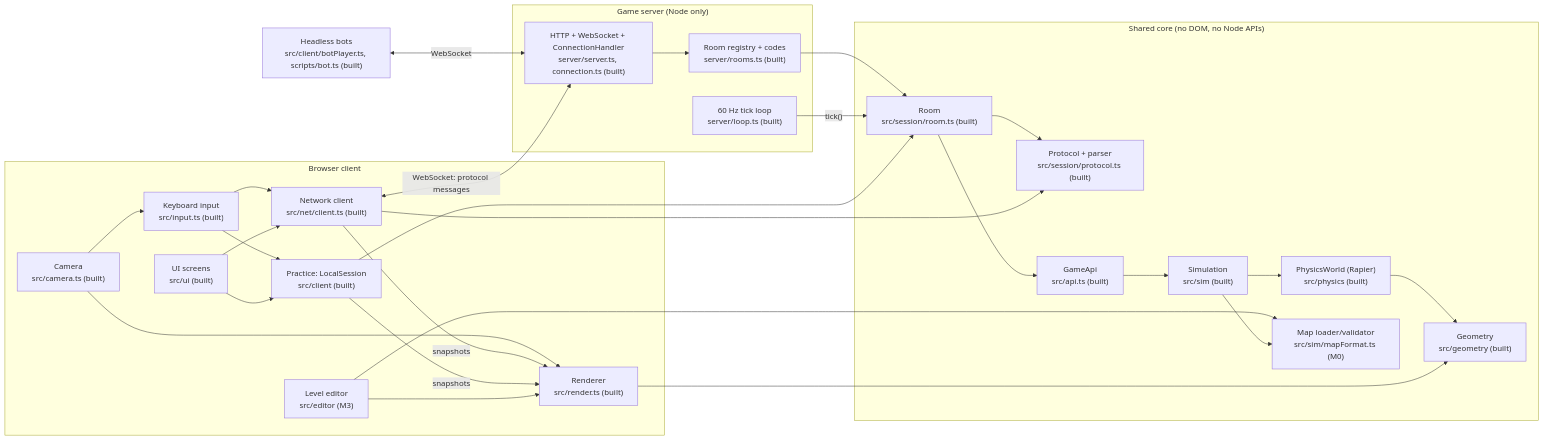
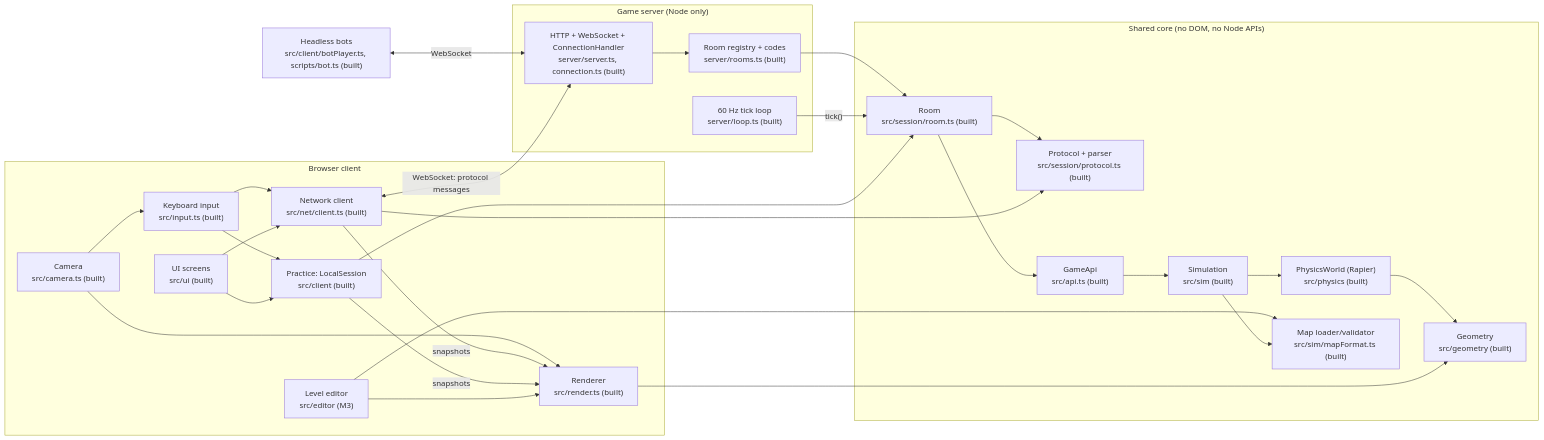
One commit to j1010001/aibuild-bulanci-test-1 changed the first of 5 diagrams in spec/architecture.md. Above: the diagram before and after it, drawn with Mermaid. The commit also changed other lines of this file and 4 other files, not shown here.

First line of the commit message:
Add the map loader and validator; every map enters a game through it (M0 task 3)

````diff
--- a/spec/architecture.md
+++ b/spec/architecture.md
@@ -20,52 +20,52 @@
 ```mermaid
 flowchart LR
   subgraph Browser["Browser client"]
     UI["UI screens<br/>src/ui (built)"]
     Input["Keyboard input<br/>src/input.ts (built)"]
     Camera["Camera<br/>src/camera.ts (built)"]
     Renderer["Renderer<br/>src/render.ts (built)"]
     NetClient["Network client<br/>src/net/client.ts (built)"]
     Editor["Level editor<br/>src/editor (M3)"]
     PracticeRoom["Practice: LocalSession<br/>src/client (built)"]
   end
 
   subgraph Core["Shared core (no DOM, no Node APIs)"]
     Room["Room<br/>src/session/room.ts (built)"]
     Protocol["Protocol + parser<br/>src/session/protocol.ts (built)"]
     GameApi["GameApi<br/>src/api.ts (built)"]
     Sim["Simulation<br/>src/sim (built)"]
     Physics["PhysicsWorld (Rapier)<br/>src/physics (built)"]
     Geometry["Geometry<br/>src/geometry (built)"]
-    MapFormat["Map loader/validator<br/>src/sim/mapFormat.ts (M0)"]
+    MapFormat["Map loader/validator<br/>src/sim/mapFormat.ts (built)"]
   end
 
   subgraph Server["Game server (Node only)"]
     WS["HTTP + WebSocket + ConnectionHandler<br/>server/server.ts, connection.ts (built)"]
     Registry["Room registry + codes<br/>server/rooms.ts (built)"]
     Loop["60 Hz tick loop<br/>server/loop.ts (built)"]
   end
 
   Bot["Headless bots<br/>src/client/botPlayer.ts, scripts/bot.ts (built)"]
 
   Input --> NetClient
   Input --> PracticeRoom
   Camera --> Input
   Camera --> Renderer
   NetClient <-->|"WebSocket: protocol messages"| WS
   Bot <-->|"WebSocket"| WS
   WS --> Registry --> Room
   Loop -->|"tick()"| Room
   PracticeRoom --> Room
   NetClient -->|"snapshots"| Renderer
   PracticeRoom -->|"snapshots"| Renderer
   UI --> NetClient
   UI --> PracticeRoom
   Editor --> MapFormat
   Editor --> Renderer
   Room --> GameApi --> Sim --> Physics
   Room --> Protocol
   NetClient --> Protocol
   Sim --> MapFormat
   Physics --> Geometry
   Renderer --> Geometry
 ```
````
